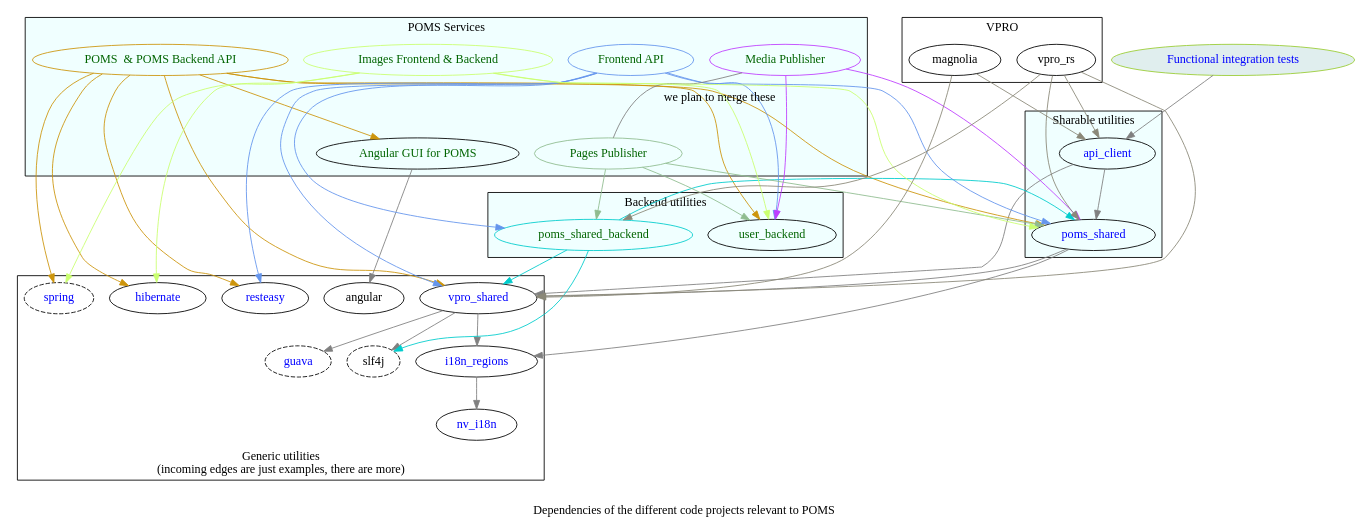
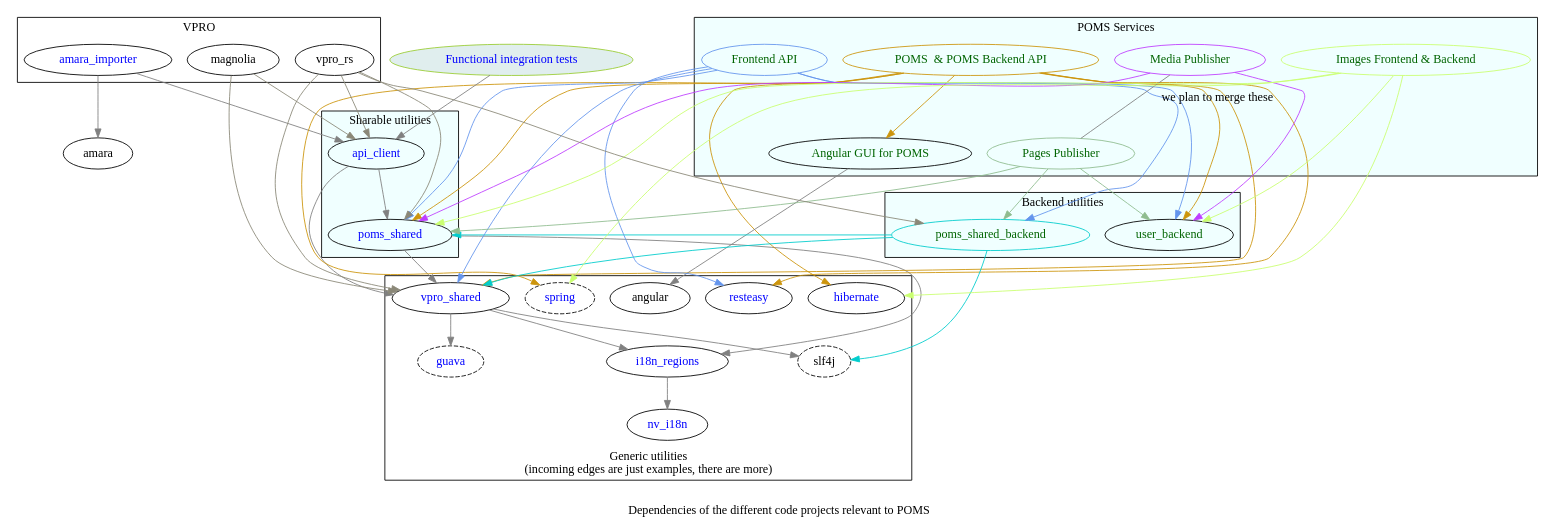
One commit to npo-poms/poms-parent changed the diagram in poms-dependencies.dot. Above: the diagram before and after it, drawn with Graphviz. The commit also changed 5 other files, not shown here.

Commit message:
removed cas, added amara_poms

```diff
--- a/poms-dependencies.dot
+++ b/poms-dependencies.dot
@@ -14,6 +14,10 @@
    ]
    nv_i18n  [
       href="https://github.com/TakahikoKawasaki/nv-i18n"
+     fontcolor=blue
+   ]
+   amara_importer[
+      href="https://github.com/vpro/amara-poms"
      fontcolor=blue
 
    ]
@@ -124,6 +128,7 @@
     label="VPRO"
     magnolia
     vpro_rs
+    amara_importer
   }
   subgraph cluster_2  {
     label="POMS Services"
@@ -232,7 +237,14 @@
     angular
    }
 
-  functional_tests -> api_client
+  functional_tests -> {
+     api_client
+  }
+
+  amara_importer -> {
+     api_client
+     amara
+  }
 
 
 }
```
